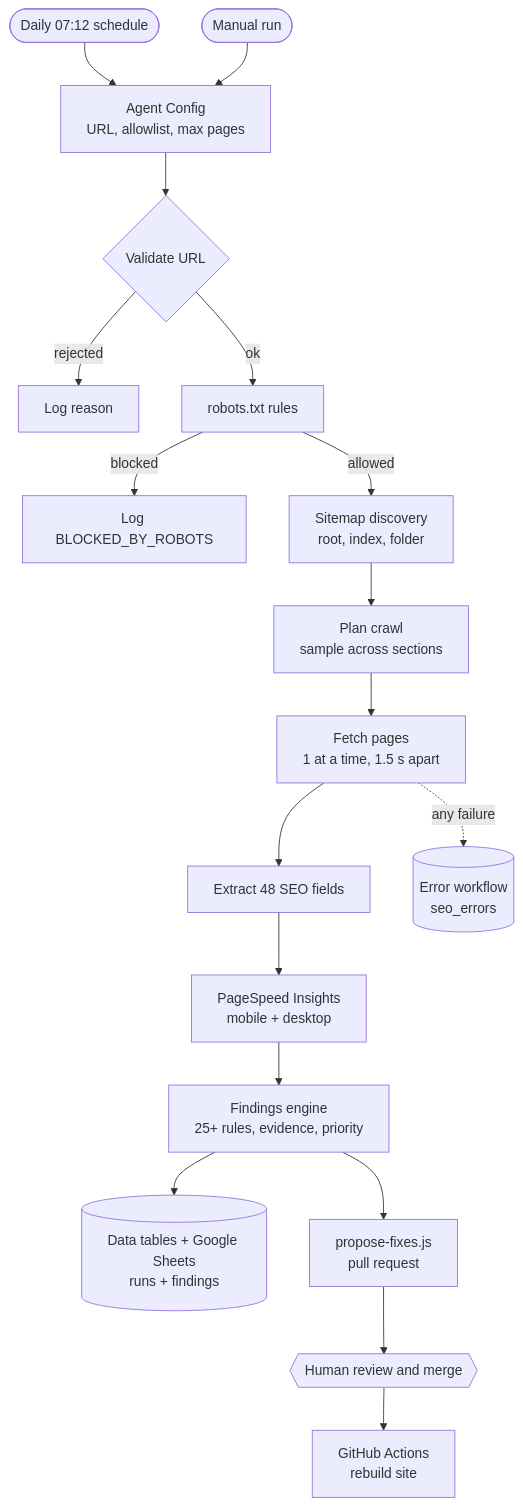
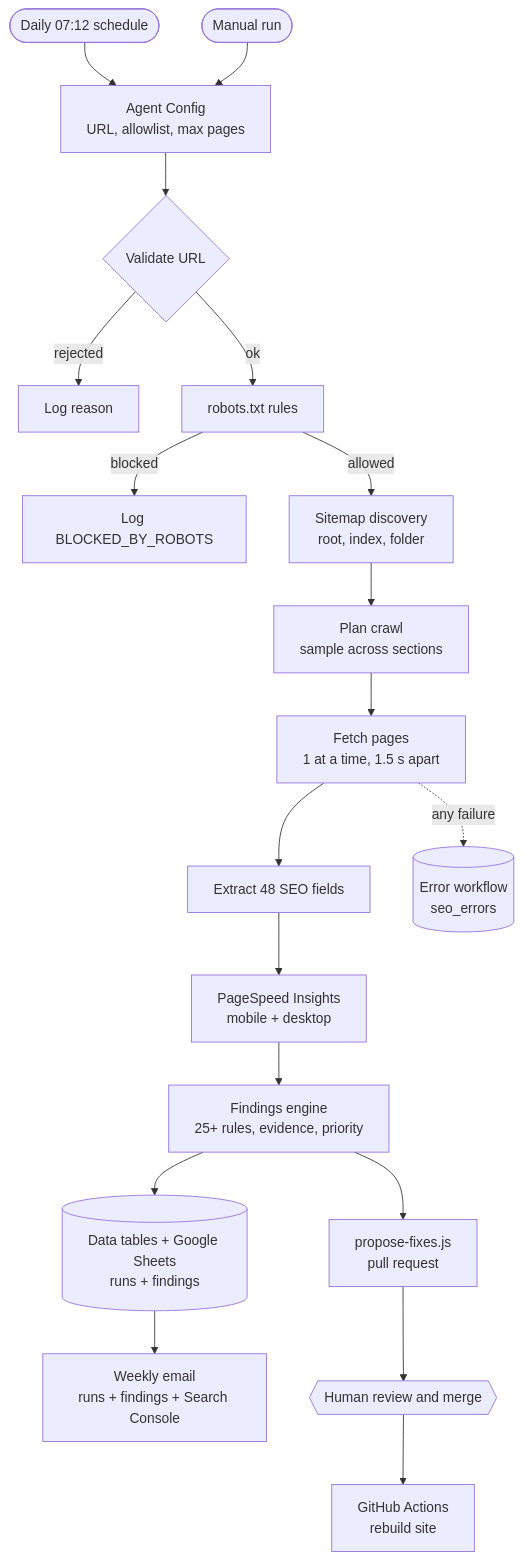
One commit to sakter2618-maker/n8n-seo-growth-agent changed the diagram in README.md. Above: the diagram before and after it, drawn with Mermaid. The commit also changed other lines of this file and 5 other files, not shown here.

First line of the commit message:
M8: Search Console in the weekly email; export weekly workflow; docs

````diff
--- a/README.md
+++ b/README.md
@@ -23,20 +24,21 @@
 ```mermaid
 flowchart TD
   T1([Daily 07:12 schedule]) --> A
   T2([Manual run]) --> A
   A[Agent Config<br/>URL, allowlist, max pages] --> B{Validate URL}
   B -- rejected --> X[Log reason]
   B -- ok --> C[robots.txt rules]
   C -- blocked --> Y[Log BLOCKED_BY_ROBOTS]
   C -- allowed --> D[Sitemap discovery<br/>root, index, folder]
   D --> E[Plan crawl<br/>sample across sections]
   E --> F[Fetch pages<br/>1 at a time, 1.5 s apart]
   F --> G[Extract 48 SEO fields]
   G --> H[PageSpeed Insights<br/>mobile + desktop]
   H --> I[Findings engine<br/>25+ rules, evidence, priority]
   I --> J[(Data tables + Google Sheets<br/>runs + findings)]
+  J --> W[Weekly email<br/>runs + findings + Search Console]
   I --> K[propose-fixes.js<br/>pull request]
   K --> L{{Human review and merge}}
   L --> M[GitHub Actions<br/>rebuild site]
   F -. any failure .-> Z[(Error workflow<br/>seo_errors)]
 ```
````
